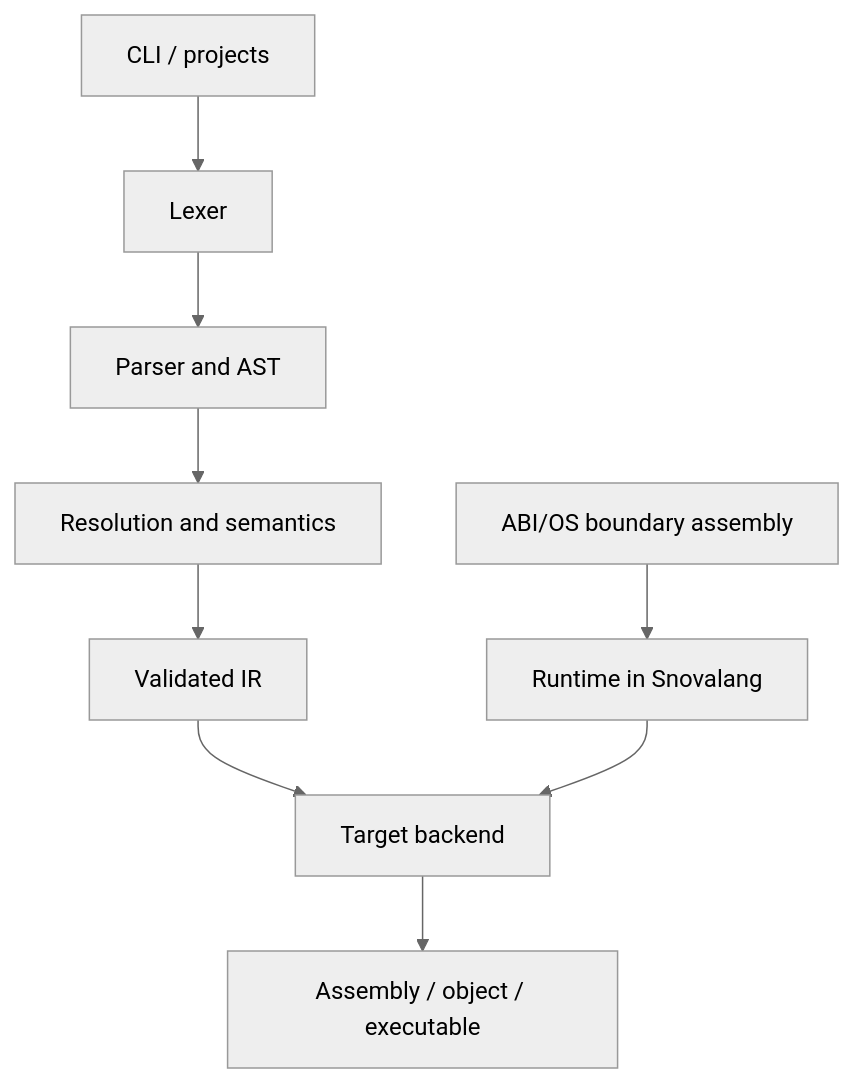
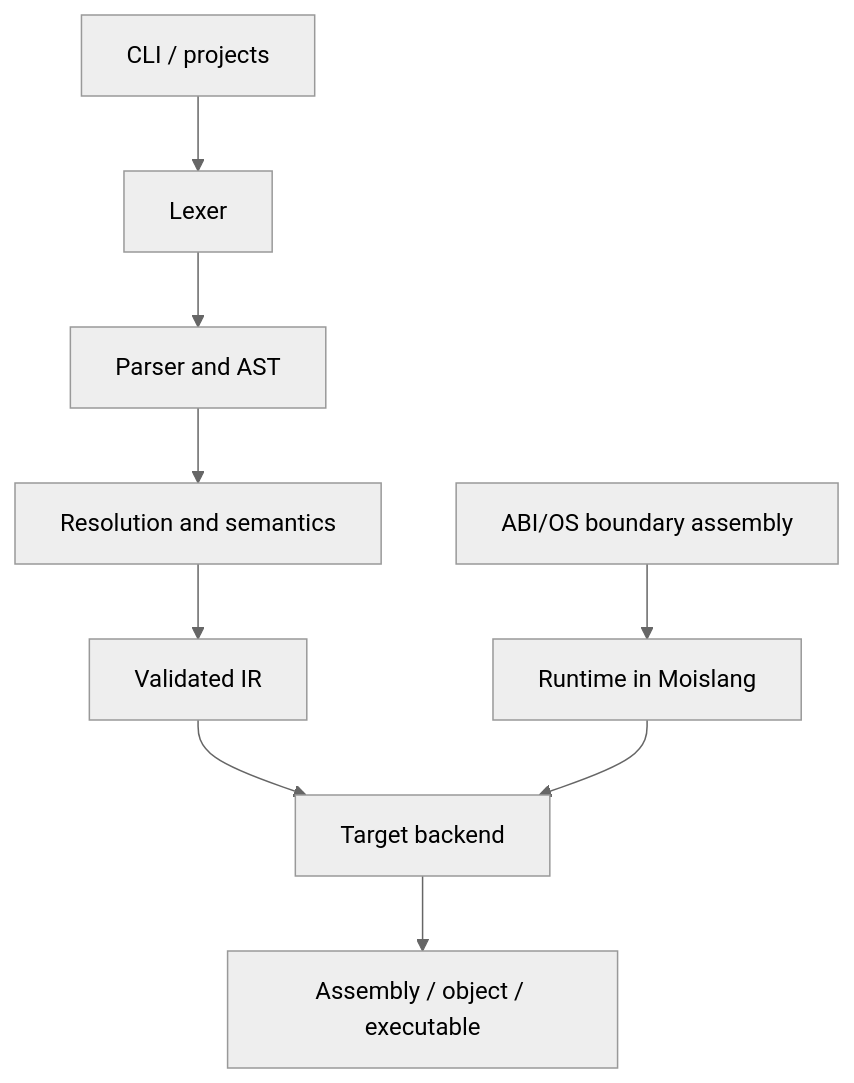
The diagram in docs/diagrams/compiler-pipeline.mmd (moislang/moil), drawn with Mermaid (neutral theme) before and after one commit. The commit also changed 124 other files, not shown here.

```diff
--- a/docs/diagrams/compiler-pipeline.mmd
+++ b/docs/diagrams/compiler-pipeline.mmd
@@ -1,9 +1,9 @@
 flowchart TB
   CLI[CLI / projects] --> LEX[Lexer]
   LEX --> PARSE[Parser and AST]
   PARSE --> SEMA[Resolution and semantics]
   SEMA --> IR[Validated IR]
   IR --> TARGET[Target backend]
   TARGET --> BIN[Assembly / object / executable]
-  RUNTIME[Runtime in Snovalang] --> TARGET
+  RUNTIME[Runtime in Moislang] --> TARGET
   ABI[ABI/OS boundary assembly] --> RUNTIME
```
